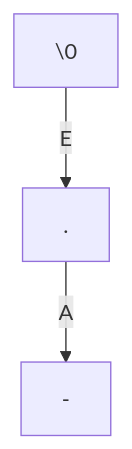
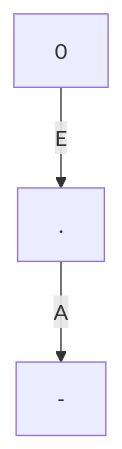
The second of 2 diagrams in morse-code/README.md (mmcnally1/arduino-projects), drawn with Mermaid before and after one commit.

````diff
--- a/morse-code/README.md
+++ b/morse-code/README.md
@@ -27,6 +27,6 @@
 ```mermaid
 graph TD;
-\0 -- E --> B[.]
+A[0] -- E --> B[.]
 B[.] -- A --> D[-]
 
 ```
````
